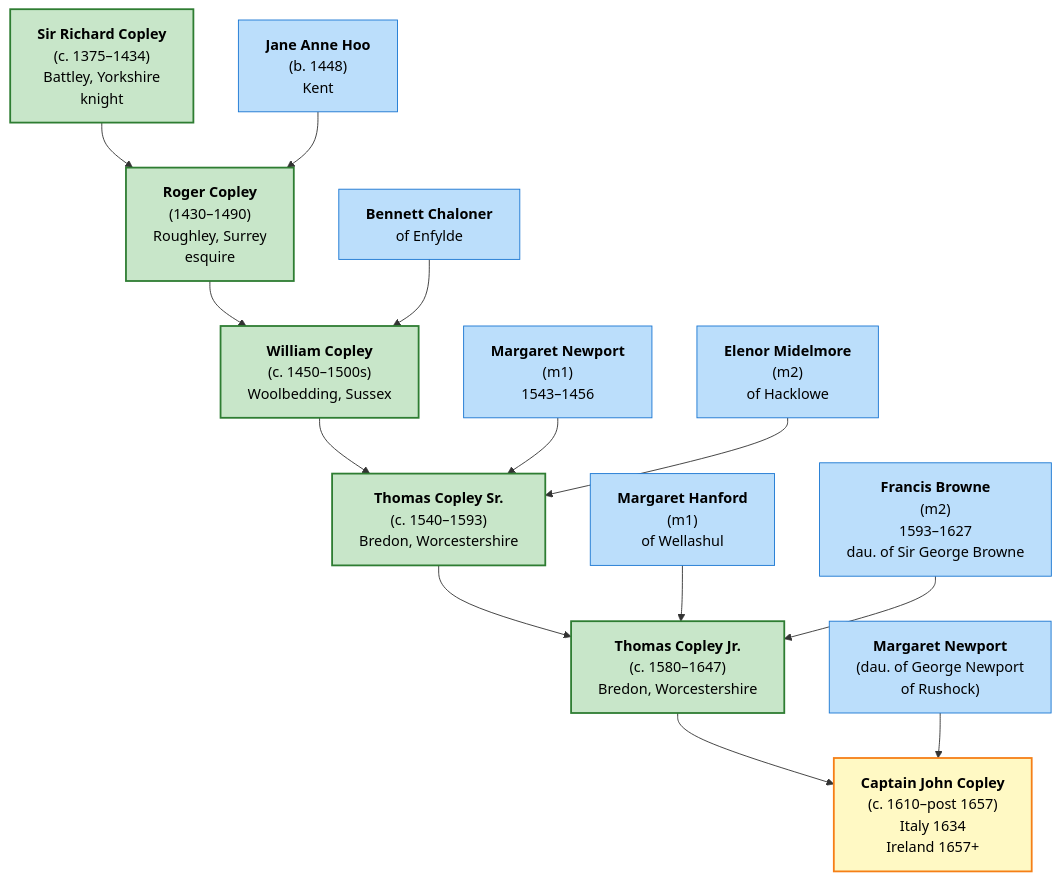
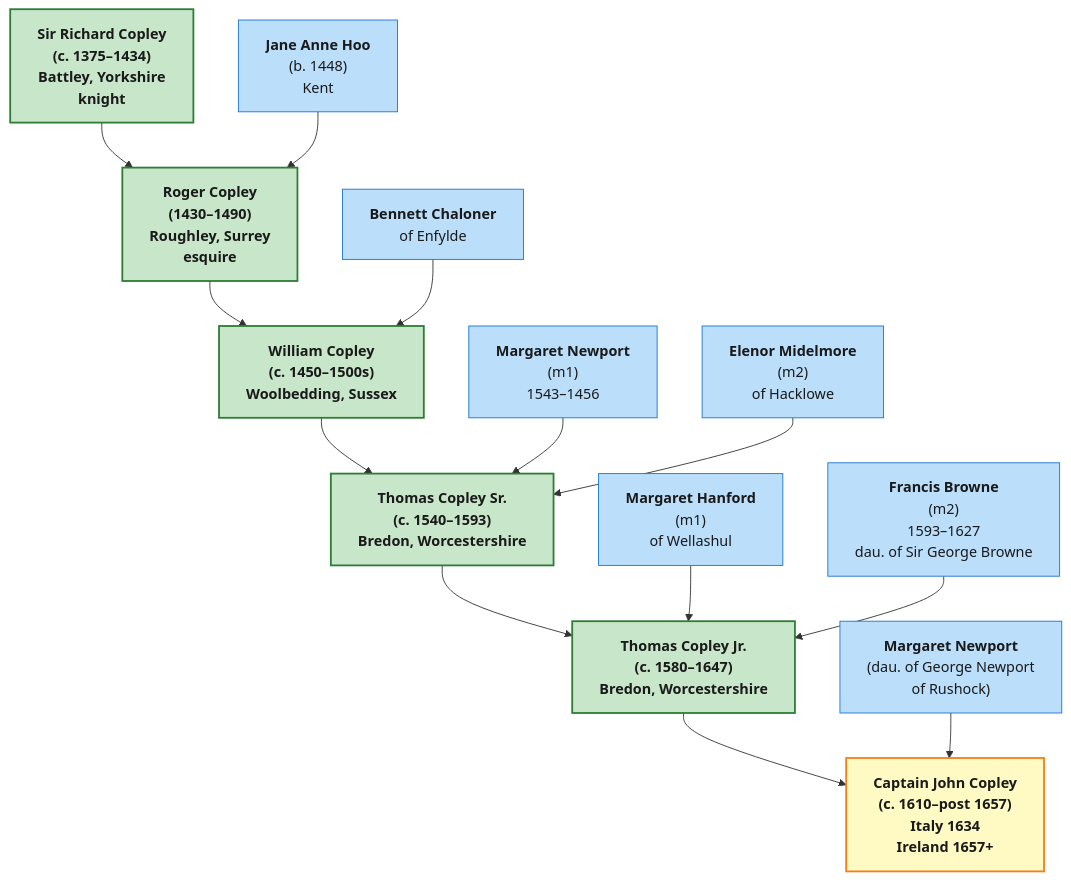
The diagram in Topics/Bredon Descent.md (zcopley/copley-family-research), drawn with Mermaid before and after one commit. The commit also changed 1 other file, not shown here.

Commit message:
Fix Mermaid diagram text contrast for dark mode readability
- Bredon Descent diagram: Updated classDef styles to use #1a1a1a (very dark gray) text with bold font weight for better contrast against light backgrounds
- Family Tree diagram: Updated all node colors to use white (#ffffff) text with bold font weight for dark background nodes; improved speculative nodes

Ensures all text is clearly readable in both light and dark mode displays.

````diff
--- a/Topics/Bredon Descent.md
+++ b/Topics/Bredon Descent.md
@@ -42,38 +42,38 @@
 ```mermaid
 graph TD
     RICHARD["<b>Sir Richard Copley</b><br/>(c. 1375–1434)<br/>Battley, Yorkshire<br/>knight"]:::ancestor
     
     ROGER["<b>Roger Copley</b><br/>(1430–1490)<br/>Roughley, Surrey<br/>esquire"]:::ancestor
     JANE["<b>Jane Anne Hoo</b><br/>(b. 1448)<br/>Kent"]:::spouse
     
     WILLIAM["<b>William Copley</b><br/>(c. 1450–1500s)<br/>Woolbedding, Sussex"]:::ancestor
     BENNETT["<b>Bennett Chaloner</b><br/>of Enfylde"]:::spouse
     
     THOMAS_SR["<b>Thomas Copley Sr.</b><br/>(c. 1540–1593)<br/>Bredon, Worcestershire"]:::ancestor
     MARGARET_N1["<b>Margaret Newport</b><br/>(m1)<br/>1543–1456"]:::spouse
     ELENOR["<b>Elenor Midelmore</b><br/>(m2)<br/>of Hacklowe"]:::spouse
     
     THOMAS_JR["<b>Thomas Copley Jr.</b><br/>(c. 1580–1647)<br/>Bredon, Worcestershire"]:::ancestor
     MARGARET_H["<b>Margaret Hanford</b><br/>(m1)<br/>of Wellashul"]:::spouse
     FRANCIS["<b>Francis Browne</b><br/>(m2)<br/>1593–1627<br/>dau. of Sir George Browne"]:::spouse
     
     CAPTAIN["<b>Captain John Copley</b><br/>(c. 1610–post 1657)<br/>Italy 1634<br/>Ireland 1657+"]:::verified
     MARGARET_N2["<b>Margaret Newport</b><br/>(dau. of George Newport<br/>of Rushock)"]:::spouse
     
     RICHARD --> ROGER
     JANE --> ROGER
     ROGER --> WILLIAM
     BENNETT --> WILLIAM
     WILLIAM --> THOMAS_SR
     MARGARET_N1 --> THOMAS_SR
     ELENOR --> THOMAS_SR
     THOMAS_SR --> THOMAS_JR
     MARGARET_H --> THOMAS_JR
     FRANCIS --> THOMAS_JR
     THOMAS_JR --> CAPTAIN
     MARGARET_N2 --> CAPTAIN
     
-    classDef ancestor fill:#c8e6c9,stroke:#2e7d32,stroke-width:2px,color:#000
-    classDef spouse fill:#bbdefb,stroke:#1976d2,stroke-width:1px,color:#000
-    classDef verified fill:#fff9c4,stroke:#f57f17,stroke-width:2px,color:#000
+    classDef ancestor fill:#c8e6c9,stroke:#2e7d32,stroke-width:2px,color:#1a1a1a,font-weight:bold
+    classDef spouse fill:#bbdefb,stroke:#1976d2,stroke-width:1px,color:#1a1a1a
+    classDef verified fill:#fff9c4,stroke:#f57f17,stroke-width:2px,color:#1a1a1a,font-weight:bold
 ```
````
